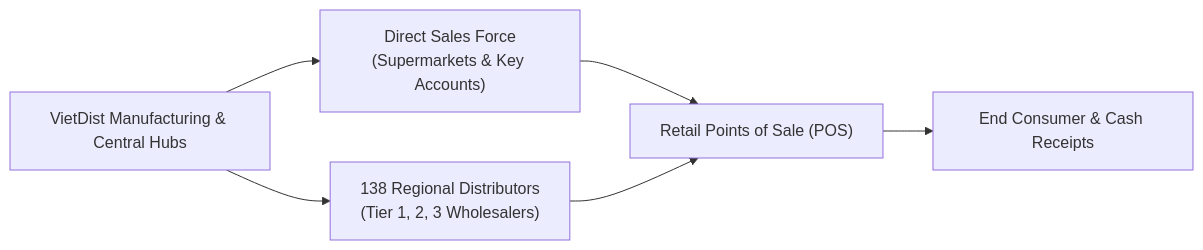
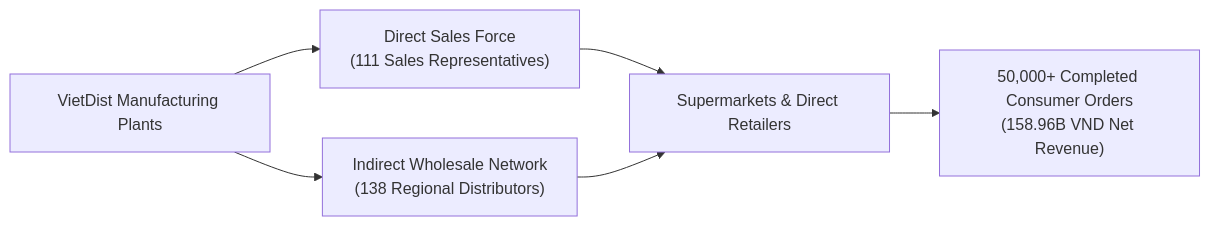
The first of 4 diagrams in README.md (thunx280-ctrl/medallion-datapipeline), drawn with Mermaid before and after one commit. The commit also changed other lines of this file, not shown here.

````diff
--- a/README.md
+++ b/README.md
@@ -55,8 +50,8 @@
 ```mermaid
 flowchart LR
-    A["VietDist Manufacturing & Central Hubs"] --> B["Direct Sales Force<br/>(Supermarkets & Key Accounts)"]
-    A --> C["138 Regional Distributors<br/>(Tier 1, 2, 3 Wholesalers)"]
-    B --> D["Retail Points of Sale (POS)"]
+    A["VietDist Manufacturing Plants"] --> B["Direct Sales Force<br/>(111 Sales Representatives)"]
+    A --> C["Indirect Wholesale Network<br/>(138 Regional Distributors)"]
+    B --> D["Supermarkets & Direct Retailers"]
     C --> D
-    D --> E["End Consumer & Cash Receipts"]
+    D --> E["50,000+ Completed Consumer Orders<br/>(158.96B VND Net Revenue)"]
 ```
````
